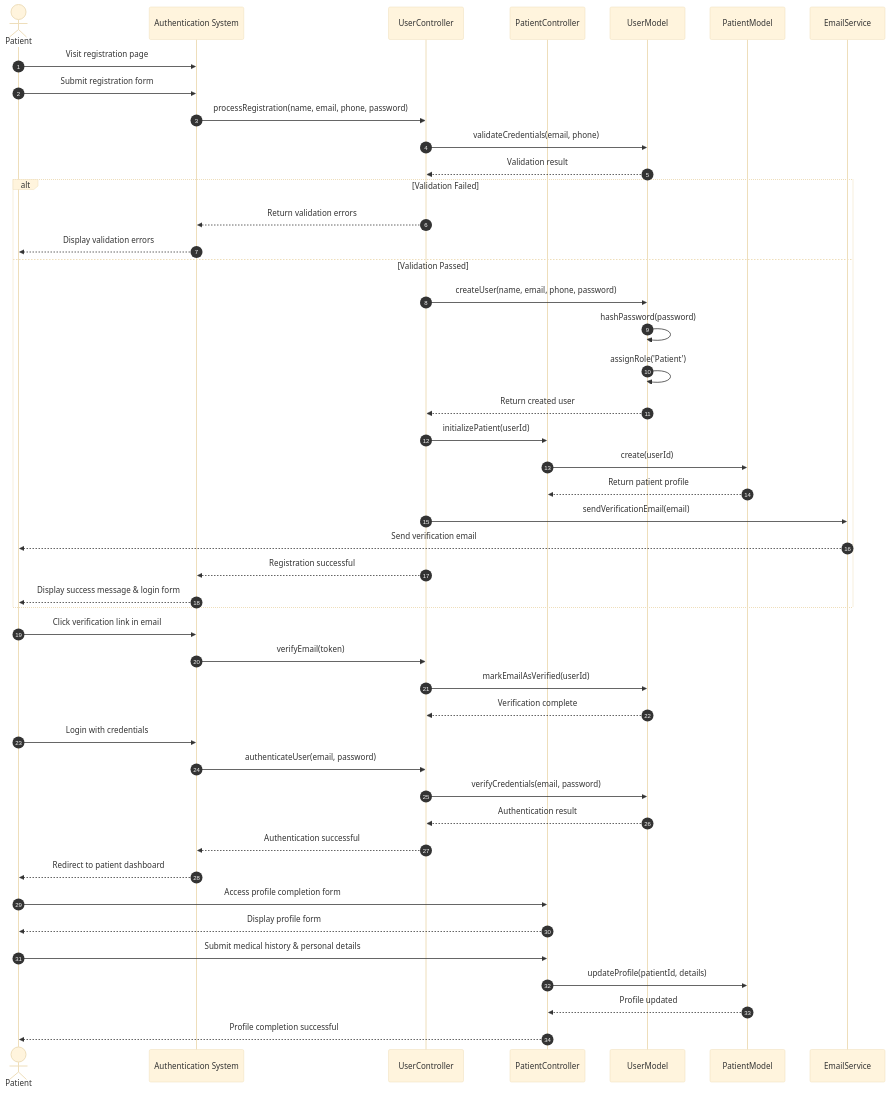
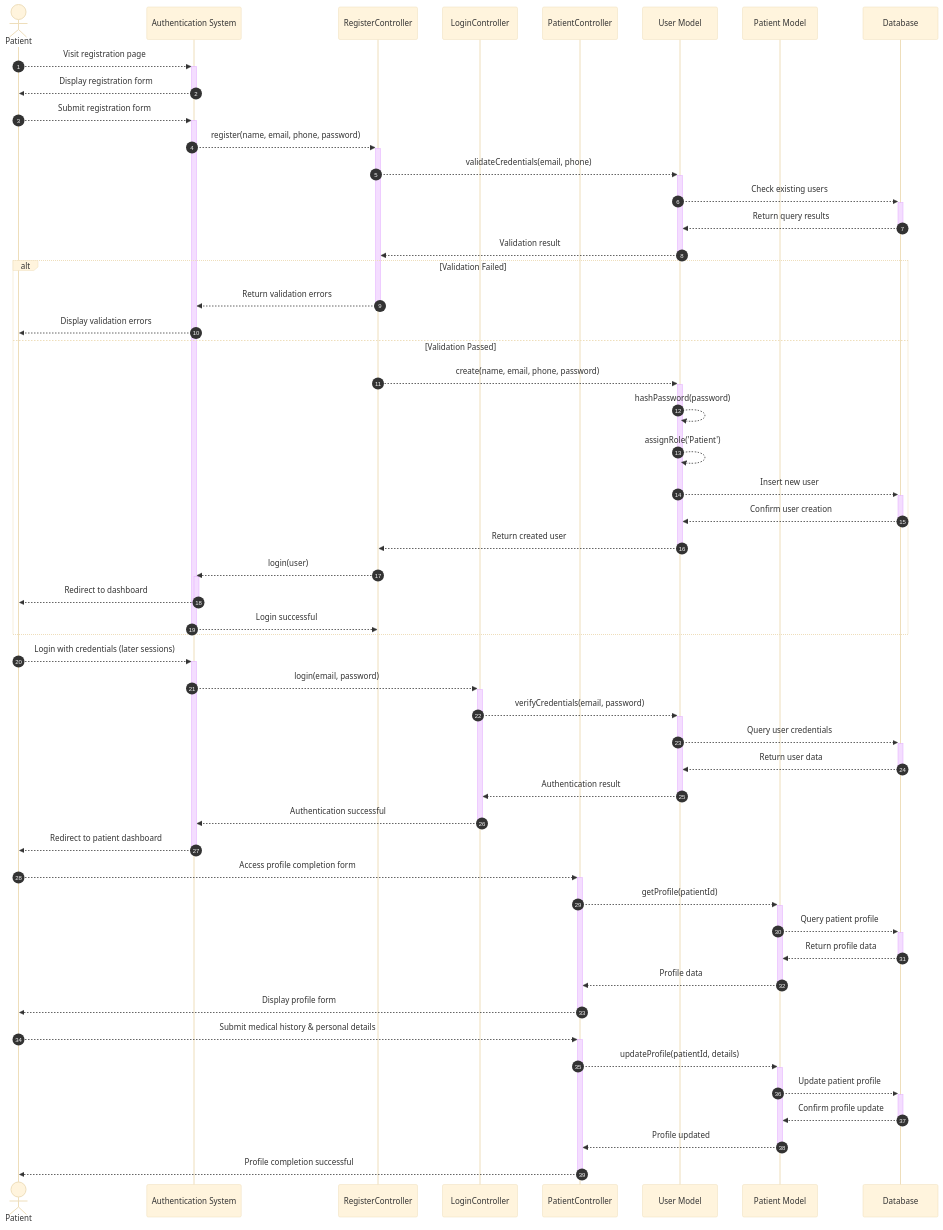
The diagram in diagrams/patient_registration_sequence_diagram.md (Ahmed-Makled/clinic), drawn with Mermaid (base theme) before and after one commit. The commit also changed other lines of this file and 93 other files, not shown here.

Commit message:
Remove deprecated files and scripts: Deleted check_all_files.sh, Documentation.html, Documentation.md, generate_all_diagrams.sh, and patient registration diagrams to streamline the project structure.

````diff
--- a/diagrams/patient_registration_sequence_diagram.md
+++ b/diagrams/patient_registration_sequence_diagram.md
@@ -5,56 +5,63 @@
 ```mermaid
 sequenceDiagram
     autonumber
     actor Patient
     participant AuthSystem as Authentication System
-    participant UserController
+    participant RegisterController
+    participant LoginController
     participant PatientController
-    participant UserModel
-    participant PatientModel
-    participant EmailService
+    participant User as User Model
+    participant PatientModel as Patient Model
+    participant Database
     
-    Patient->>AuthSystem: Visit registration page
-    Patient->>AuthSystem: Submit registration form
-    AuthSystem->>UserController: processRegistration(name, email, phone, password)
-    UserController->>UserModel: validateCredentials(email, phone)
-    UserModel-->>UserController: Validation result
+    Patient-->>+AuthSystem: Visit registration page
+    AuthSystem-->>-Patient: Display registration form
+    
+    Patient-->>+AuthSystem: Submit registration form
+    AuthSystem-->>+RegisterController: register(name, email, phone, password)
+    
+    RegisterController-->>+User: validateCredentials(email, phone)
+    User-->>+Database: Check existing users
+    Database-->>-User: Return query results
+    User-->>-RegisterController: Validation result
     
     alt Validation Failed
-        UserController-->>AuthSystem: Return validation errors
+        RegisterController-->>-AuthSystem: Return validation errors
         AuthSystem-->>Patient: Display validation errors
     else Validation Passed
-        UserController->>UserModel: createUser(name, email, phone, password)
-        UserModel->>UserModel: hashPassword(password)
-        UserModel->>UserModel: assignRole('Patient')
-        UserModel-->>UserController: Return created user
+        RegisterController-->>+User: create(name, email, phone, password)
+        User-->>User: hashPassword(password)
+        User-->>User: assignRole('Patient')
+        User-->>+Database: Insert new user
+        Database-->>-User: Confirm user creation
+        User-->>-RegisterController: Return created user
         
-        UserController->>PatientController: initializePatient(userId)
-        PatientController->>PatientModel: create(userId)
-        PatientModel-->>PatientController: Return patient profile
-        
-        UserController->>EmailService: sendVerificationEmail(email)
-        EmailService-->>Patient: Send verification email
-        
-        UserController-->>AuthSystem: Registration successful
-        AuthSystem-->>Patient: Display success message & login form
+        RegisterController-->>+AuthSystem: login(user)
+        AuthSystem-->>-Patient: Redirect to dashboard
+        AuthSystem-->>-RegisterController: Login successful
     end
     
-    Patient->>AuthSystem: Click verification link in email
-    AuthSystem->>UserController: verifyEmail(token)
-    UserController->>UserModel: markEmailAsVerified(userId)
-    UserModel-->>UserController: Verification complete
+    Patient-->>+AuthSystem: Login with credentials (later sessions)
+    AuthSystem-->>+LoginController: login(email, password)
+    LoginController-->>+User: verifyCredentials(email, password)
+    User-->>+Database: Query user credentials
+    Database-->>-User: Return user data
+    User-->>-LoginController: Authentication result
+    LoginController-->>-AuthSystem: Authentication successful
+    AuthSystem-->>-Patient: Redirect to patient dashboard
     
-    Patient->>AuthSystem: Login with credentials
-    AuthSystem->>UserController: authenticateUser(email, password)
-    UserController->>UserModel: verifyCredentials(email, password)
-    UserModel-->>UserController: Authentication result
-    UserController-->>AuthSystem: Authentication successful
-    AuthSystem-->>Patient: Redirect to patient dashboard
+    Patient-->>+PatientController: Access profile completion form
+    PatientController-->>+PatientModel: getProfile(patientId)
+    PatientModel-->>+Database: Query patient profile
+    Database-->>-PatientModel: Return profile data
+    PatientModel-->>-PatientController: Profile data
+    PatientController-->>-Patient: Display profile form
     
-    Patient->>PatientController: Access profile completion form
-    PatientController-->>Patient: Display profile form
-    Patient->>PatientController: Submit medical history & personal details
-    PatientController->>PatientModel: updateProfile(patientId, details)
-    PatientModel-->>PatientController: Profile updated
-    PatientController-->>Patient: Profile completion successful
+    Patient-->>+PatientController: Submit medical history & personal details
+    PatientController-->>+PatientModel: updateProfile(patientId, details)
+    PatientModel-->>+Database: Update patient profile
+    Database-->>-PatientModel: Confirm profile update
+    PatientModel-->>-PatientController: Profile updated
+    PatientController-->>-Patient: Profile completion successful
+    
 ```
````
